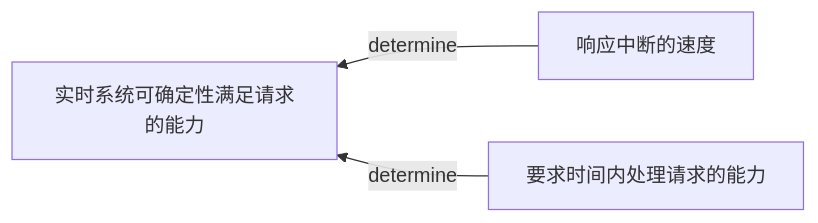
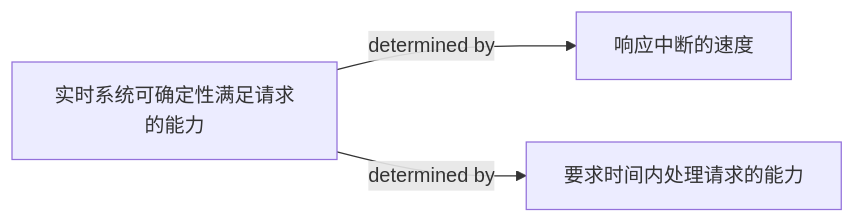
The diagram in 1-Theory/5-OS-principle-design/internal&principle/50-CPU调度.md (chestNutLsj/my-cs-career), drawn with Mermaid before and after one commit. The commit also changed other lines of this file and 40 other files, not shown here.

````diff
--- a/1-Theory/5-OS-principle-design/internal&principle/50-CPU调度.md
+++ b/1-Theory/5-OS-principle-design/internal&principle/50-CPU调度.md
@@ -335,10 +340,10 @@
 ```mermaid
-graph RL
+graph LR
 
 A[实时系统可确定性满足请求的能力]
 B[响应中断的速度]
 C[要求时间内处理请求的能力]
 
-B-->|determine| A
-C-->|determine| A
+A-->|determined by| B
+A-->|determined by| C 
 ```
````
